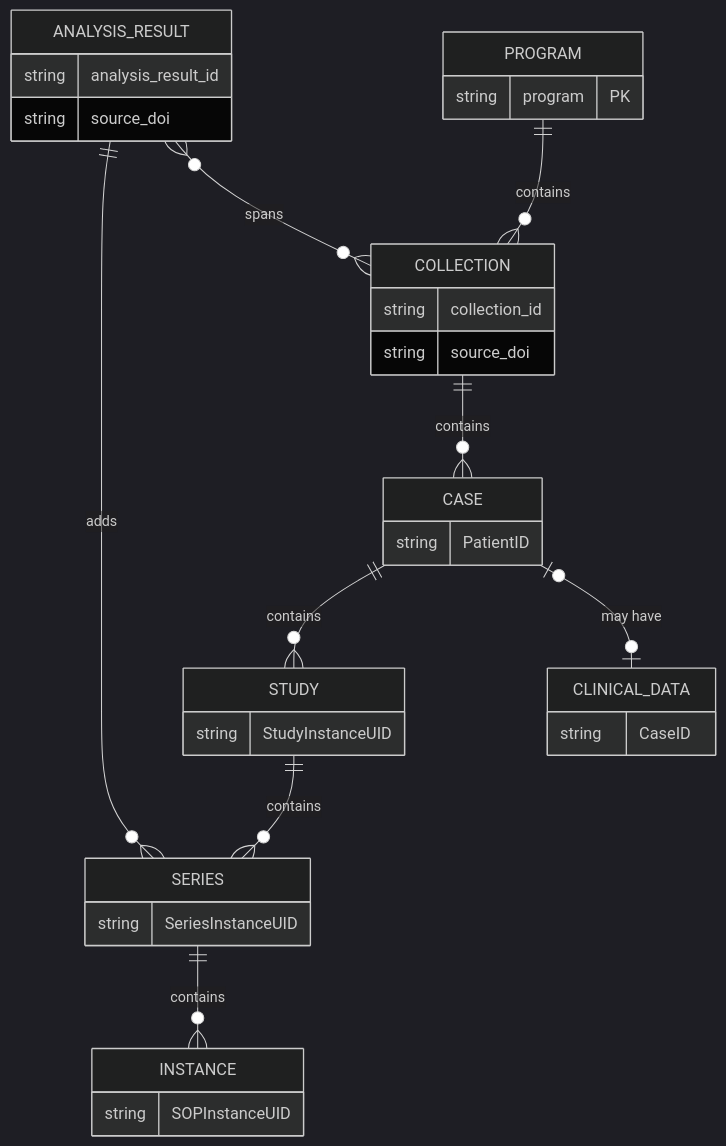
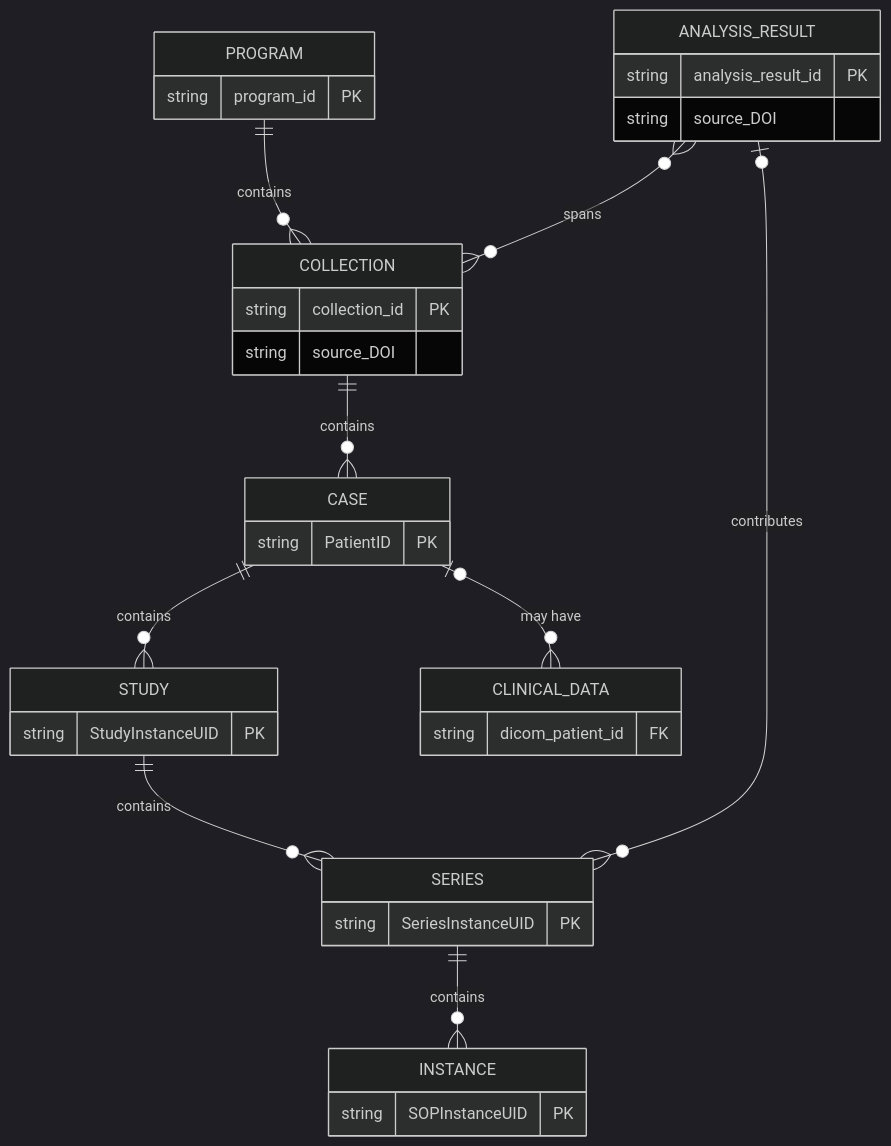
Before and after one commit to ImagingDataCommons/IDC-Docs: the diagram in data/data-model.md, drawn with Mermaid (dark theme). The commit also changed other lines of this file, not shown here.

First line of the commit message:
Fix data model E-R diagram and add worked examples

````diff
--- a/data/data-model.md
+++ b/data/data-model.md
@@ -5,42 +5,39 @@
 ```mermaid
 erDiagram
-    COLLECTION ||--o{ CASE: contains
+    PROGRAM ||--o{ COLLECTION : contains
+    COLLECTION ||--o{ CASE : contains
     CASE ||--o{ STUDY : contains
     STUDY ||--o{ SERIES : contains
     SERIES ||--o{ INSTANCE : contains
-    ANALYSIS_RESULT ||--o{ SERIES : adds
+    ANALYSIS_RESULT |o--o{ SERIES : contributes
     ANALYSIS_RESULT }o--o{ COLLECTION : spans
-    CASE |o--o| CLINICAL_DATA : "may have"
-    PROGRAM ||--o{ COLLECTION : contains
+    CASE |o--o{ CLINICAL_DATA : "may have"
 
     PROGRAM {
-        string program PK
+        string program_id PK
     }
 
     COLLECTION {
-        string collection_id 
-        string source_doi
+        string collection_id PK
+        string source_DOI
     }
     CASE {
-        string PatientID
+        string PatientID PK
     }
     STUDY {
-        string StudyInstanceUID
+        string StudyInstanceUID PK
     }
     SERIES {
-        string SeriesInstanceUID
+        string SeriesInstanceUID PK
     }
     INSTANCE {
-        string SOPInstanceUID
+        string SOPInstanceUID PK
     }
     ANALYSIS_RESULT {
-        string analysis_result_id 
-        string source_doi
+        string analysis_result_id PK
+        string source_DOI
     }
     CLINICAL_DATA {
-        string CaseID
+        string dicom_patient_id FK
     }
-
-
-
 ```
````
